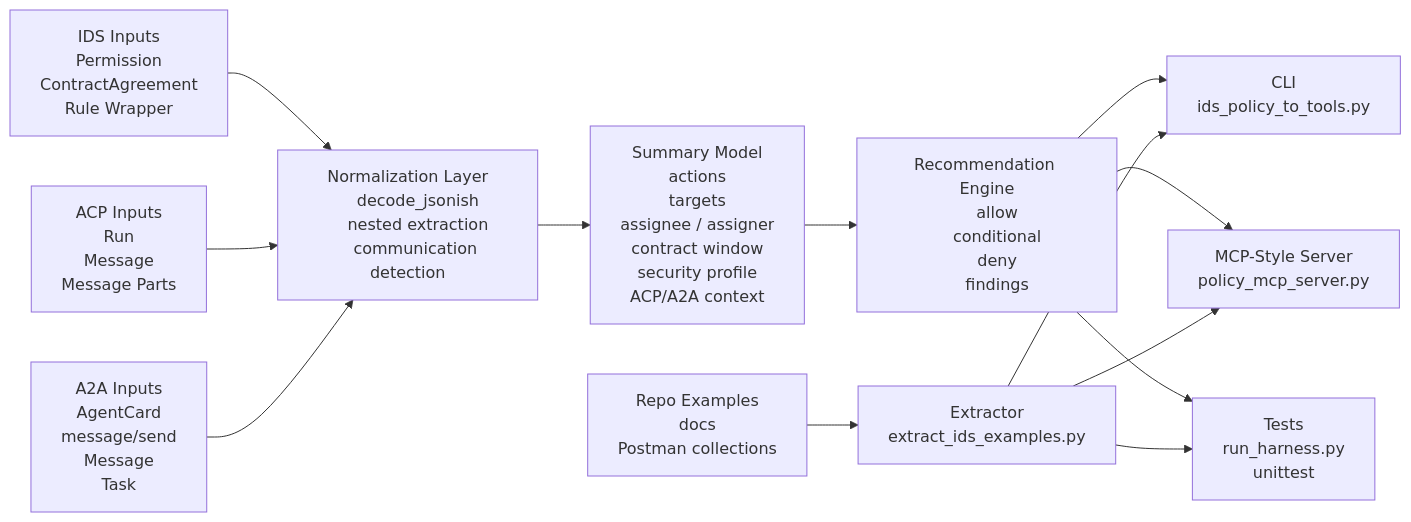
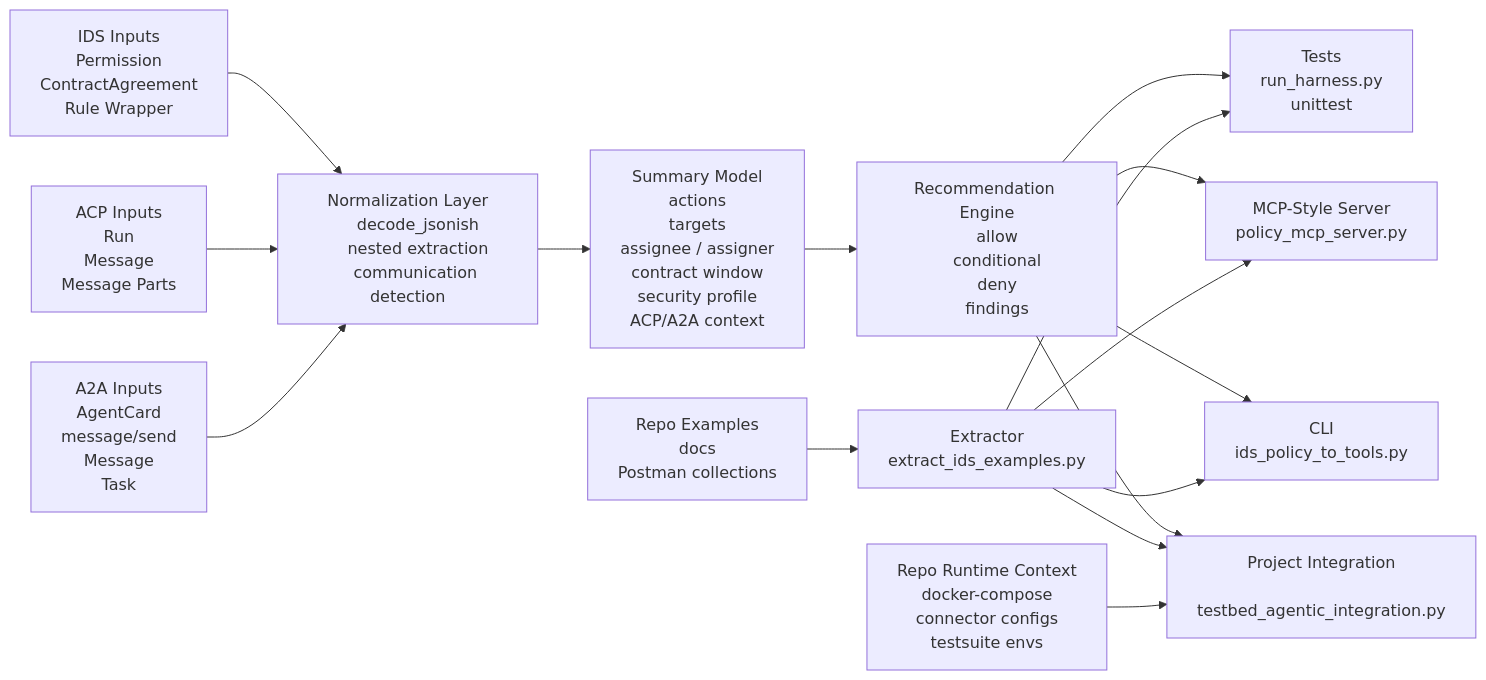
Before and after one commit to agentZyber/IDS-agentic-extension: the first of 4 diagrams in skills/ids-policy-to-tools/references/architecture.md, drawn with Mermaid. The commit also changed other lines of this file and 11 other files, not shown here.

````diff
--- a/skills/ids-policy-to-tools/references/architecture.md
+++ b/skills/ids-policy-to-tools/references/architecture.md
@@ -18,49 +18,56 @@
 ```mermaid
 flowchart LR
     A["IDS Inputs
     Permission
     ContractAgreement
     Rule Wrapper"] --> N["Normalization Layer
     decode_jsonish
     nested extraction
     communication detection"]
     B["ACP Inputs
     Run
     Message
     Message Parts"] --> N
     C["A2A Inputs
     AgentCard
     message/send
     Message
     Task"] --> N
 
     N --> S["Summary Model
     actions
     targets
     assignee / assigner
     contract window
     security profile
     ACP/A2A context"]
 
     S --> R["Recommendation Engine
     allow
     conditional
     deny
     findings"]
 
     R --> CLI["CLI
     ids_policy_to_tools.py"]
+    R --> PROJ["Project Integration
+    testbed_agentic_integration.py"]
     R --> MCP["MCP-Style Server
     policy_mcp_server.py"]
     R --> TEST["Tests
     run_harness.py
     unittest"]
 
     D["Repo Examples
     docs
     Postman collections"] --> X["Extractor
     extract_ids_examples.py"]
     X --> CLI
+    X --> PROJ
     X --> MCP
     X --> TEST
+    E["Repo Runtime Context
+    docker-compose
+    connector configs
+    testsuite envs"] --> PROJ
 ```
````
